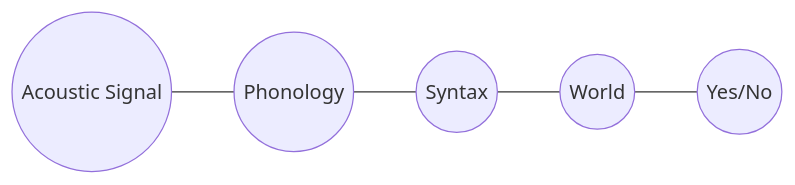
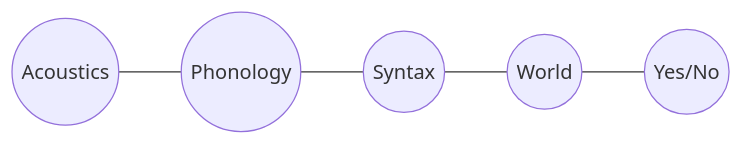
Before and after one commit to reubenharry/website: diagram 12 of 15 in content/blog/ai.md, drawn with Mermaid. The commit also changed other lines of this file and 2 other files, not shown here.

````diff
--- a/content/blog/ai.md
+++ b/content/blog/ai.md
@@ -229,4 +210,4 @@
 ```mermaid
 graph LR
-    D((Acoustic Signal)) --- B((Phonology)) --- C((Syntax)) --- E((World)) --- A((Yes/No))
+    D((Acoustics)) --- B((Phonology)) --- C((Syntax)) --- E((World)) --- A((Yes/No))
 ```
````
